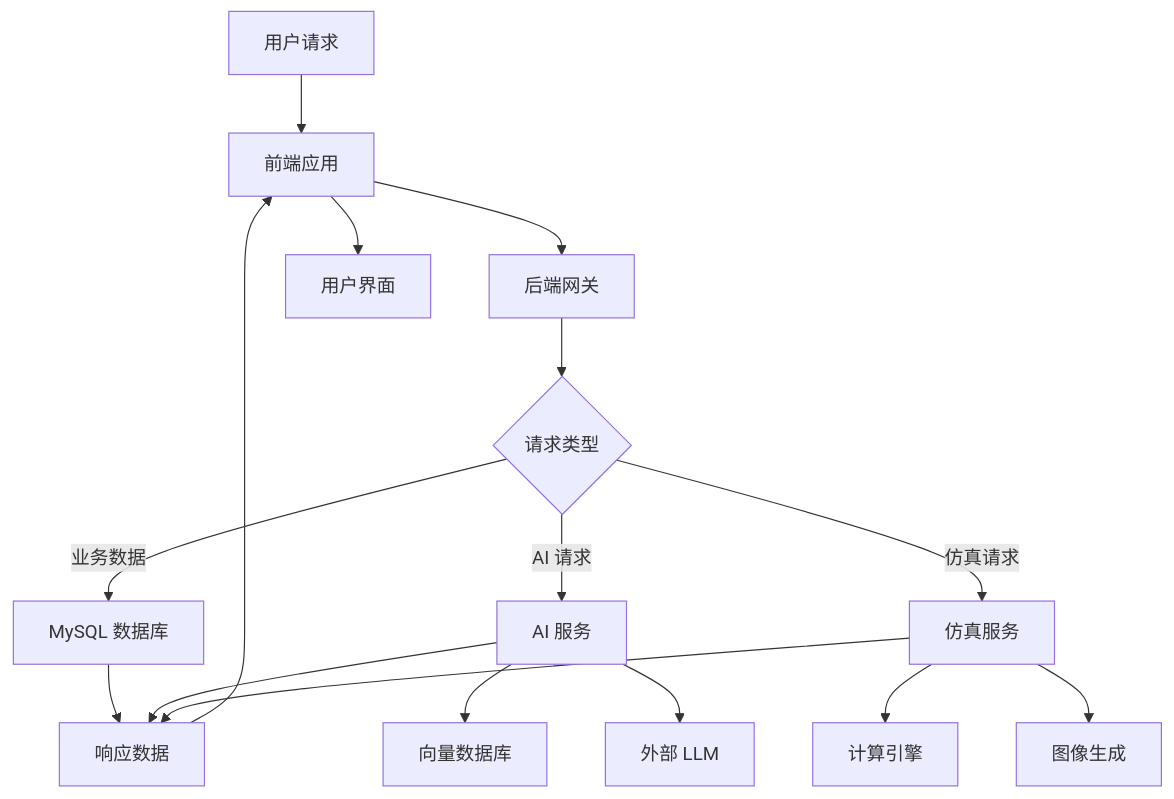
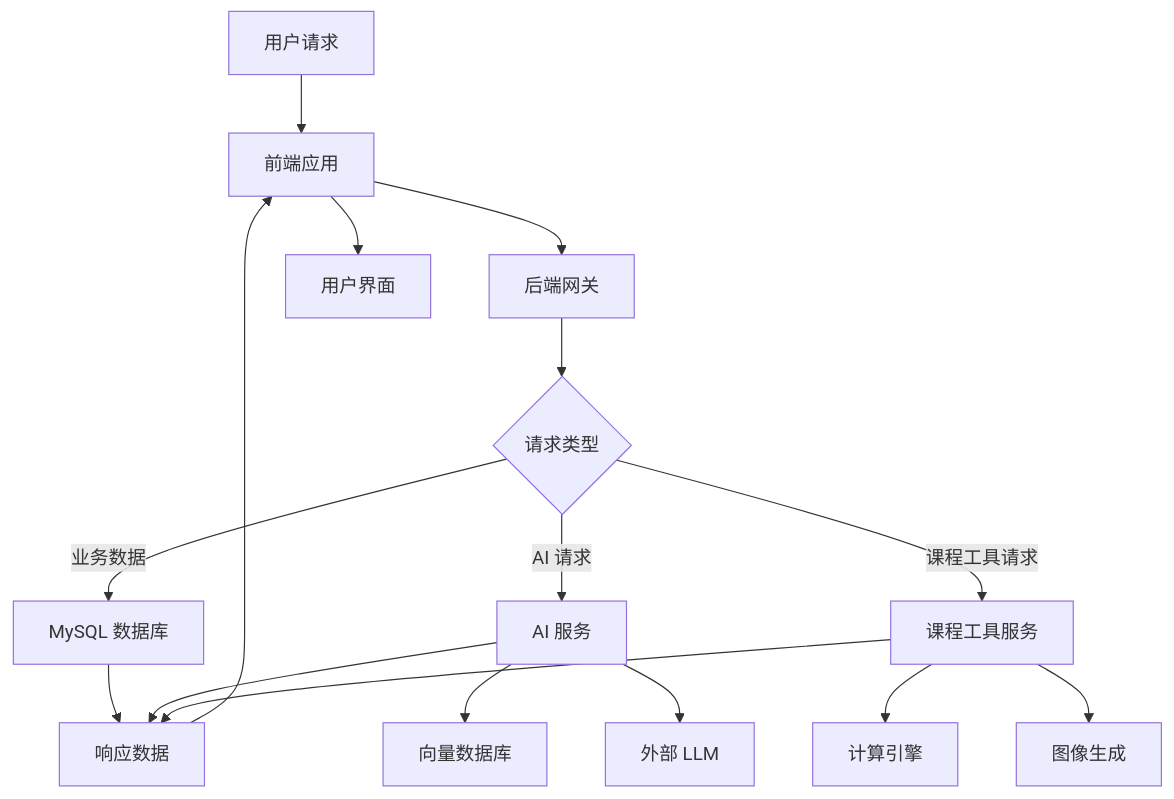
Before and after one commit to JadeSnow7/graduationDesign: the diagram in docs/architecture/system-overview.md, drawn with Mermaid. The commit also changed other lines of this file and 58 other files, not shown here.

````diff
--- a/docs/architecture/system-overview.md
+++ b/docs/architecture/system-overview.md
@@ -121,18 +121,18 @@
 ```mermaid
 flowchart TD
     A[用户请求] --> B[前端应用]
     B --> C[后端网关]
     C --> D{请求类型}
     D -->|业务数据| E[MySQL 数据库]
     D -->|AI 请求| F[AI 服务]
-    D -->|仿真请求| G[仿真服务]
+    D -->|课程工具请求| G[课程工具服务]
     F --> H[向量数据库]
     F --> I[外部 LLM]
     G --> J[计算引擎]
     G --> K[图像生成]
     E --> L[响应数据]
     F --> L
     G --> L
     L --> B
     B --> M[用户界面]
 ```
````
